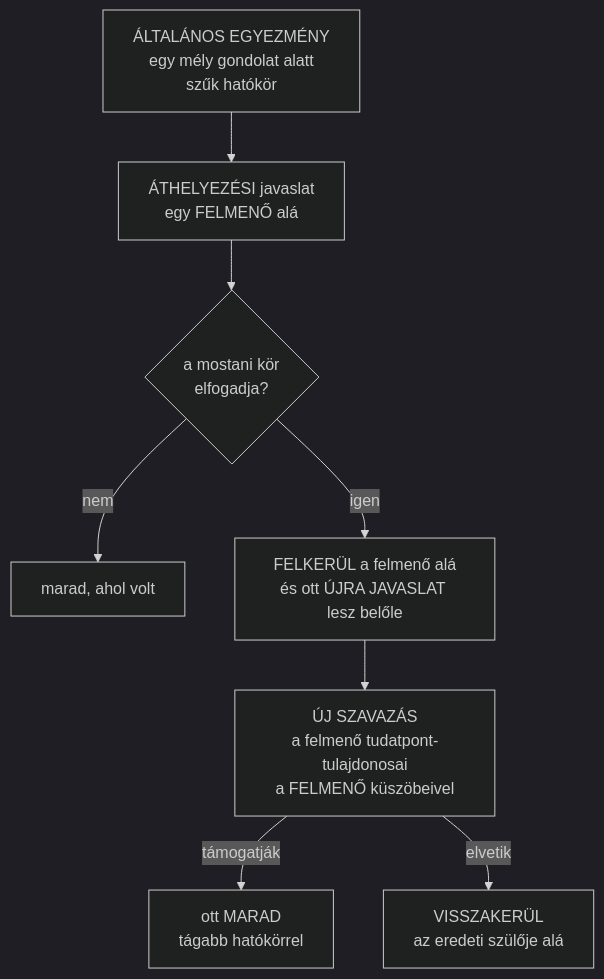
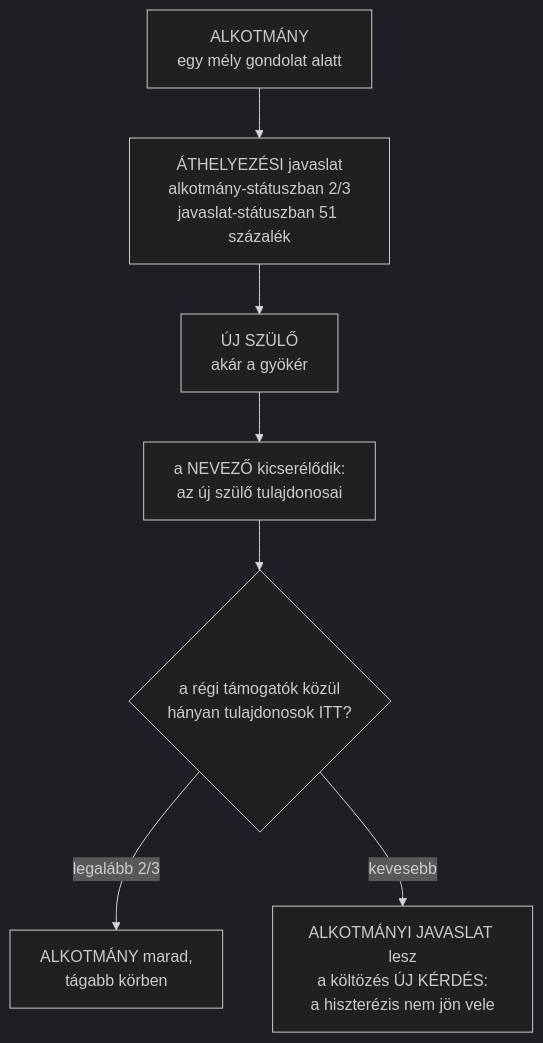
Before and after one commit to Biszt/koino_1.1: diagram 11 of 11 in docs/gepezet.md, drawn with Mermaid (dark theme). The commit also changed other lines of this file and 2 other files, not shown here.

First line of the commit message:
D64: AZ ALKOTMANY -- az altalanos javaslat/egyezmeny helyere

````diff
--- a/docs/gepezet.md
+++ b/docs/gepezet.md
@@ -431,11 +458,9 @@
 ```mermaid
 flowchart TD
-    E["ÁLTALÁNOS EGYEZMÉNY<br/>egy mély gondolat alatt<br/>szűk hatókör"] --> AJ["ÁTHELYEZÉSI javaslat<br/>egy FELMENŐ alá"]
-    AJ --> SZ1{"a mostani kör<br/>elfogadja?"}
-    SZ1 -->|"nem"| M["marad, ahol volt"]
-    SZ1 -->|"igen"| FEL["FELKERÜL a felmenő alá<br/>és ott ÚJRA JAVASLAT lesz belőle"]
-
-    FEL --> SZ2["ÚJ SZAVAZÁS<br/>a felmenő tudatpont-tulajdonosai<br/>a FELMENŐ küszöbeivel"]
-    SZ2 -->|"támogatják"| OTT["ott MARAD<br/>tágabb hatókörrel"]
-    SZ2 -->|"elvetik"| VISSZA["VISSZAKERÜL<br/>az eredeti szülője alá"]
+    A["ALKOTMÁNY<br/>egy mély gondolat alatt"] --> AJ["ÁTHELYEZÉSI javaslat<br/>alkotmány-státuszban 2/3<br/>javaslat-státuszban 51 százalék"]
+    AJ --> UJ["ÚJ SZÜLŐ<br/>akár a gyökér"]
+    UJ --> NEV["a NEVEZŐ kicserélődik:<br/>az új szülő tulajdonosai"]
+    NEV --> KOV{"a régi támogatók közül<br/>hányan tulajdonosok ITT?"}
+    KOV -->|"legalább 2/3"| MARAD["ALKOTMÁNY marad,<br/>tágabb körben"]
+    KOV -->|"kevesebb"| VISSZA["ALKOTMÁNYI JAVASLAT lesz<br/>a költözés ÚJ KÉRDÉS:<br/>a hiszterézis nem jön vele"]
 ```
````
